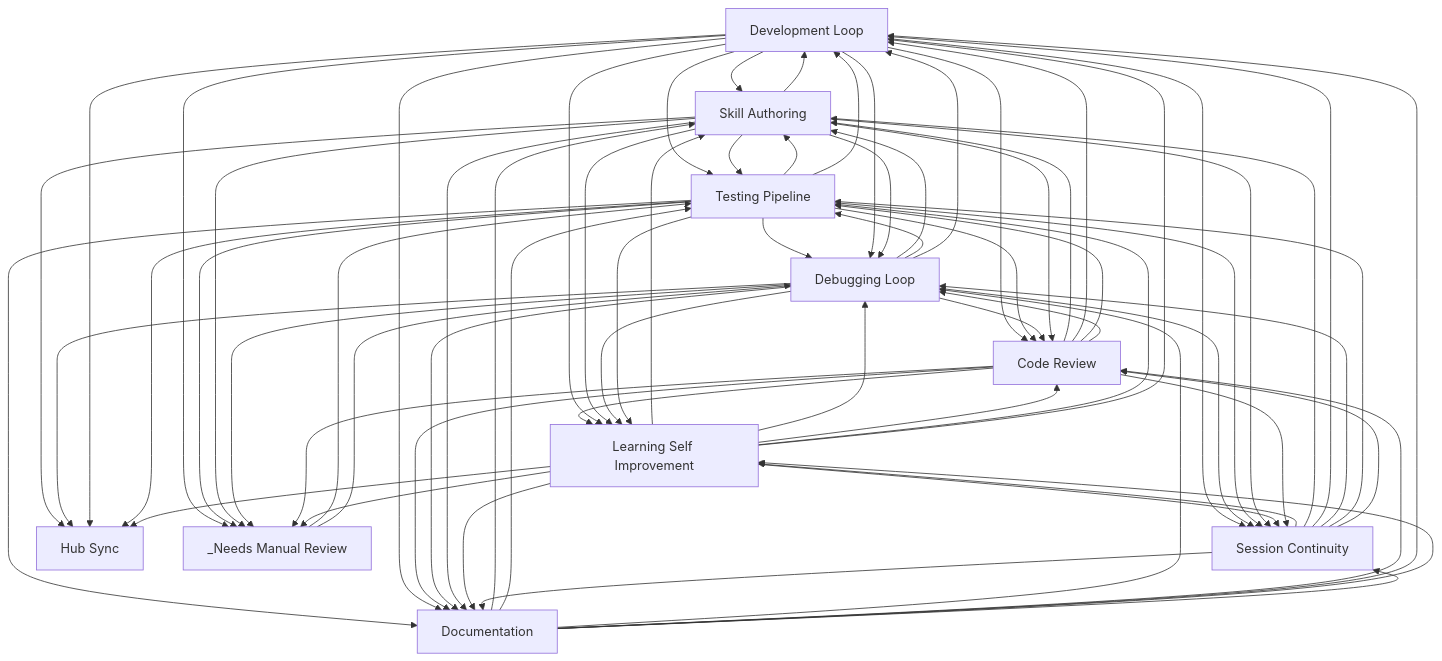
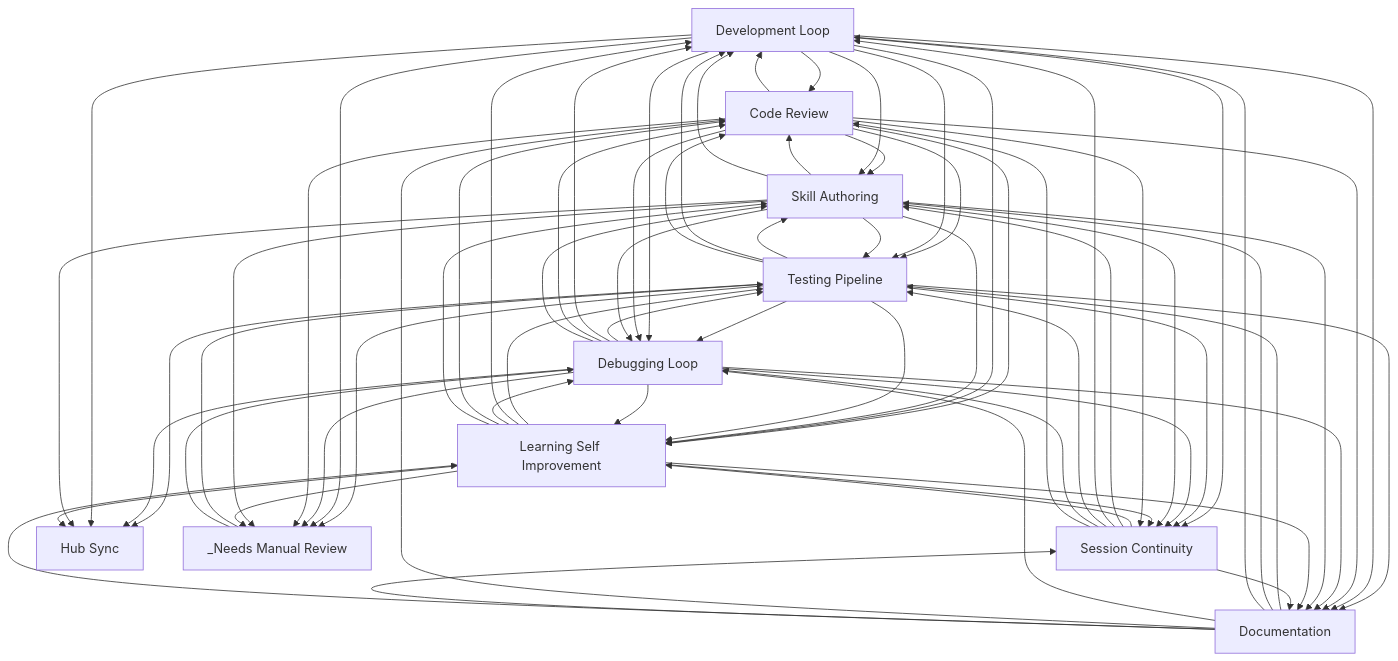
Before and after one commit to abhayla/claude-best-practices: the diagram in docs/workflows/INDEX.md, drawn with Mermaid. The commit also changed other lines of this file and 12 other files, not shown here.

````diff
--- a/docs/workflows/INDEX.md
+++ b/docs/workflows/INDEX.md
@@ -22,82 +22,82 @@
 ```mermaid
 graph TD
     development_loop[Development Loop]
     testing_pipeline[Testing Pipeline]
     debugging_loop[Debugging Loop]
     learning_self_improvement[Learning Self Improvement]
     session_continuity[Session Continuity]
     skill_authoring[Skill Authoring]
     code_review[Code Review]
     documentation[Documentation]
     hub_sync[Hub Sync]
     _needs_manual_review[_Needs Manual Review]
+    documentation --> testing_pipeline
     documentation --> skill_authoring
-    documentation --> testing_pipeline
     code_review --> skill_authoring
     code_review --> development_loop
+    development_loop --> code_review
     development_loop --> skill_authoring
-    development_loop --> code_review
+    code_review --> testing_pipeline
     code_review --> learning_self_improvement
-    code_review --> testing_pipeline
+    development_loop --> testing_pipeline
     development_loop --> learning_self_improvement
-    development_loop --> testing_pipeline
+    testing_pipeline --> skill_authoring
     skill_authoring --> testing_pipeline
-    testing_pipeline --> skill_authoring
+    testing_pipeline --> development_loop
     testing_pipeline --> debugging_loop
     testing_pipeline --> code_review
-    testing_pipeline --> development_loop
     testing_pipeline --> documentation
-    debugging_loop --> skill_authoring
-    debugging_loop --> code_review
     debugging_loop --> testing_pipeline
     debugging_loop --> development_loop
+    debugging_loop --> code_review
+    debugging_loop --> skill_authoring
     development_loop --> debugging_loop
     development_loop --> documentation
     skill_authoring --> code_review
     skill_authoring --> development_loop
     skill_authoring --> learning_self_improvement
+    testing_pipeline --> _needs_manual_review
     development_loop --> _needs_manual_review
-    testing_pipeline --> _needs_manual_review
+    code_review --> debugging_loop
+    documentation --> development_loop
     documentation --> debugging_loop
     documentation --> code_review
-    documentation --> development_loop
-    code_review --> debugging_loop
     code_review --> documentation
+    session_continuity --> learning_self_improvement
     development_loop --> session_continuity
-    session_continuity --> learning_self_improvement
     _needs_manual_review --> testing_pipeline
+    testing_pipeline --> learning_self_improvement
+    testing_pipeline --> session_continuity
     debugging_loop --> learning_self_improvement
     debugging_loop --> session_continuity
-    testing_pipeline --> learning_self_improvement
-    testing_pipeline --> session_continuity
     debugging_loop --> documentation
     documentation --> learning_self_improvement
     skill_authoring --> session_continuity
     skill_authoring --> debugging_loop
     _needs_manual_review --> debugging_loop
-    learning_self_improvement --> skill_authoring
+    learning_self_improvement --> testing_pipeline
+    learning_self_improvement --> development_loop
     learning_self_improvement --> debugging_loop
     learning_self_improvement --> code_review
-    learning_self_improvement --> testing_pipeline
-    learning_self_improvement --> development_loop
-    skill_authoring --> _needs_manual_review
+    learning_self_improvement --> skill_authoring
     debugging_loop --> _needs_manual_review
     code_review --> _needs_manual_review
+    skill_authoring --> _needs_manual_review
     skill_authoring --> documentation
     learning_self_improvement --> session_continuity
     code_review --> session_continuity
     session_continuity --> skill_authoring
     learning_self_improvement --> documentation
     session_continuity --> development_loop
+    session_continuity --> testing_pipeline
     session_continuity --> debugging_loop
-    session_continuity --> testing_pipeline
     session_continuity --> documentation
     session_continuity --> code_review
-    skill_authoring --> hub_sync
+    testing_pipeline --> hub_sync
     debugging_loop --> hub_sync
     development_loop --> hub_sync
-    testing_pipeline --> hub_sync
+    skill_authoring --> hub_sync
     learning_self_improvement --> hub_sync
     learning_self_improvement --> _needs_manual_review
     documentation --> session_continuity
 ```
````
